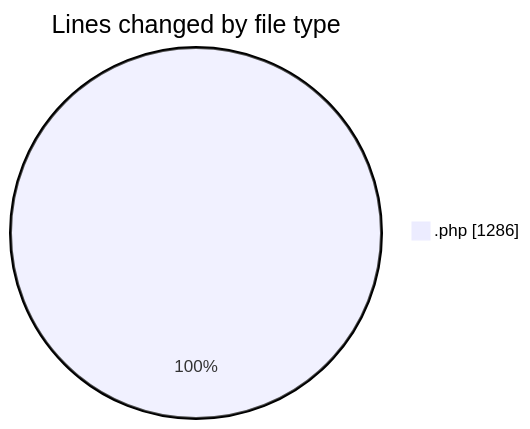
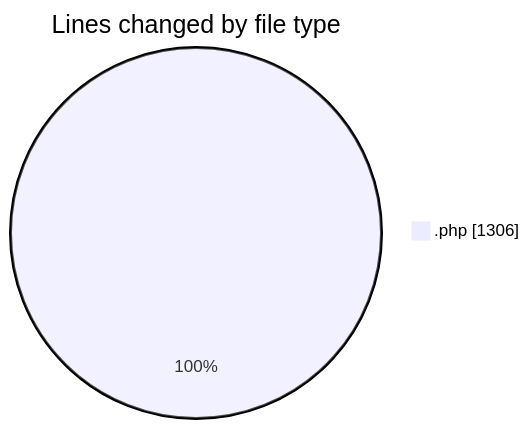
Before and after one commit to LanceThiago/code-tracking: the first of 2 diagrams in 2025-10-03/totem2/README.md, drawn with Mermaid. The commit also changed other lines of this file and 1 other file, not shown here.

````diff
--- a/2025-10-03/totem2/README.md
+++ b/2025-10-03/totem2/README.md
@@ -22,5 +23,5 @@
 ```mermaid
 pie showData
 title Lines changed by file type
-".php" : 1286
+".php" : 1306
 ```
````
